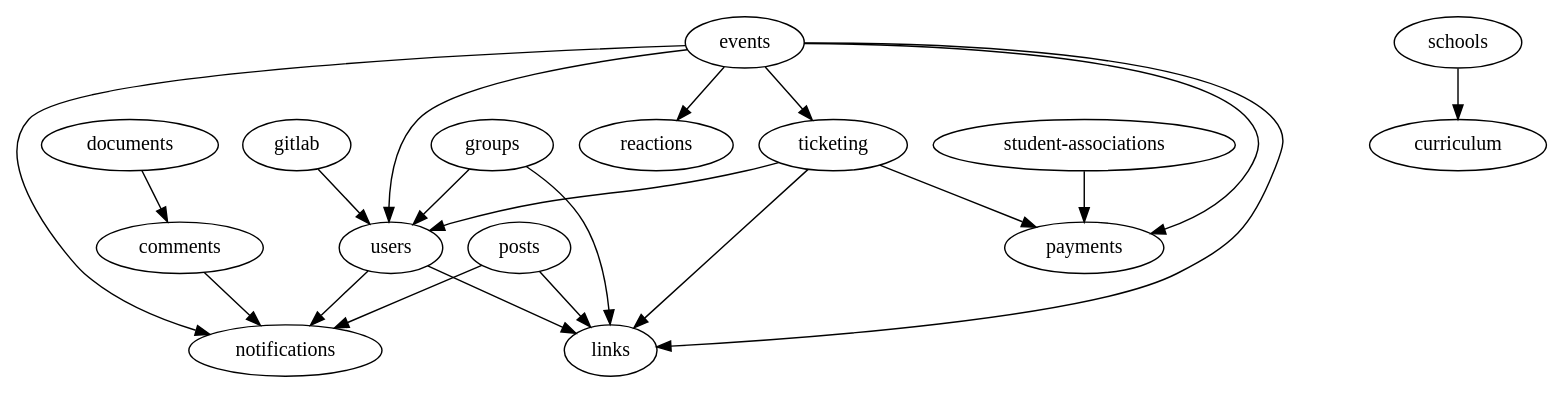
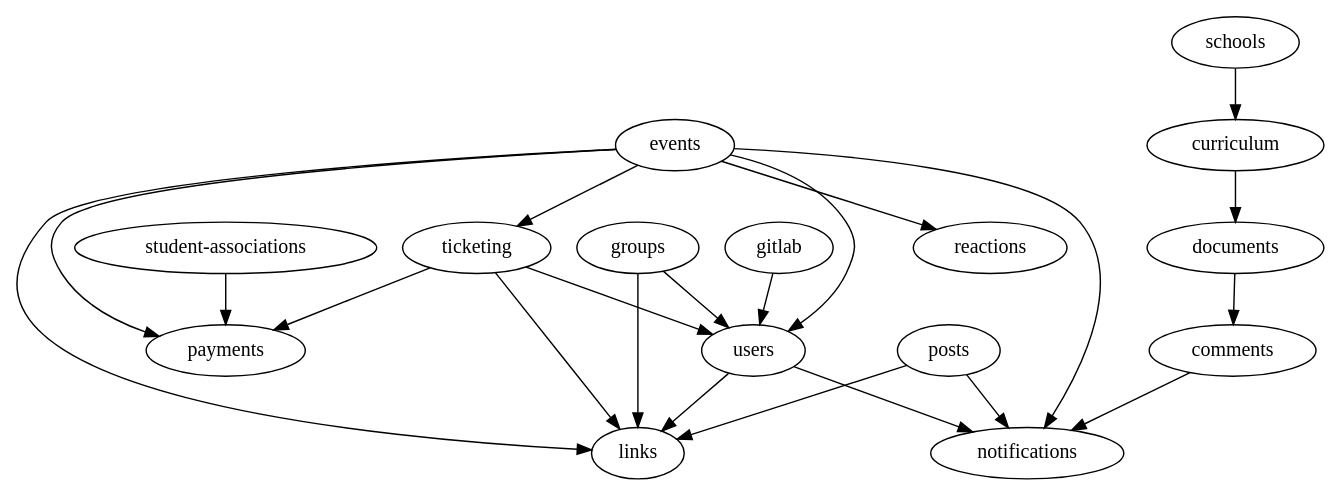
The diagram in packages/api/scripts/modules-import-graph.dot (inp-net/churros), drawn with Graphviz before and after one commit. The commit also changed 33 other files, not shown here.

```diff
--- a/packages/api/scripts/modules-import-graph.dot
+++ b/packages/api/scripts/modules-import-graph.dot
@@ -1,37 +1,38 @@
 strict digraph  {
 documents;
 comments;
 schools;
 curriculum;
 "student-associations";
 payments;
 ticketing;
 links;
 users;
 groups;
 events;
+notifications;
 reactions;
-notifications;
 posts;
 gitlab;
 documents -> comments;
 comments -> notifications;
 schools -> curriculum;
+curriculum -> documents;
 "student-associations" -> payments;
 ticketing -> links;
+ticketing -> payments;
 ticketing -> users;
-ticketing -> payments;
 users -> notifications;
 users -> links;
 groups -> links;
 groups -> users;
-events -> reactions;
+events -> links;
 events -> notifications;
-events -> links;
 events -> users;
 events -> payments;
 events -> ticketing;
+events -> reactions;
 posts -> notifications;
 posts -> links;
 gitlab -> users;
 }
```
